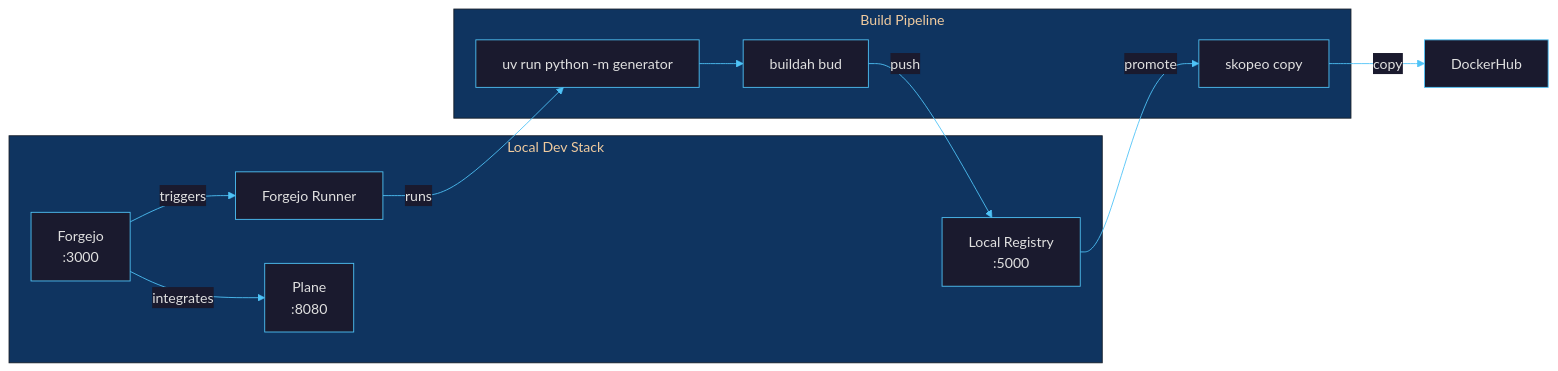
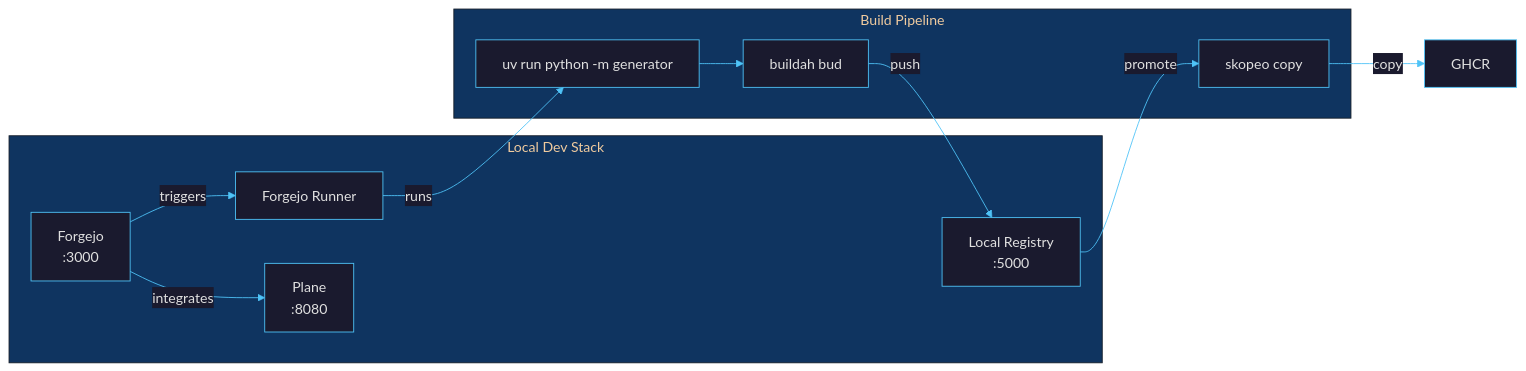
Before and after one commit to borninthedark/exousia: the diagram in docs/local-build-pipeline.md, drawn with Mermaid. The commit also changed other lines of this file and 10 other files, not shown here.

````diff
--- a/docs/local-build-pipeline.md
+++ b/docs/local-build-pipeline.md
@@ -7,24 +9,24 @@
 ```mermaid
 %%{init: {'theme': 'base', 'themeVariables': {'primaryColor': '#1a1a2e', 'primaryTextColor': '#e0e0e0', 'primaryBorderColor': '#4fc3f7', 'lineColor': '#4fc3f7', 'secondaryColor': '#16213e', 'tertiaryColor': '#0f3460', 'edgeLabelBackground': '#1a1a2e'}}}%%
 graph LR
     subgraph LOCAL["Local Dev Stack"]
         FG["Forgejo<br/>:3000"]
         RN["Forgejo Runner"]
         REG["Local Registry<br/>:5000"]
         PL["Plane<br/>:8080"]
     end
 
     subgraph BUILD["Build Pipeline"]
         GEN["uv run python -m generator"]
         BA["buildah bud"]
         SK["skopeo copy"]
     end
 
     FG -->|triggers| RN
     FG -->|integrates| PL
     RN -->|runs| GEN
     GEN --> BA
     BA -->|push| REG
     REG -->|promote| SK
-    SK -->|copy| DH["DockerHub"]
+    SK -->|copy| GH["GHCR"]
 ```
````
